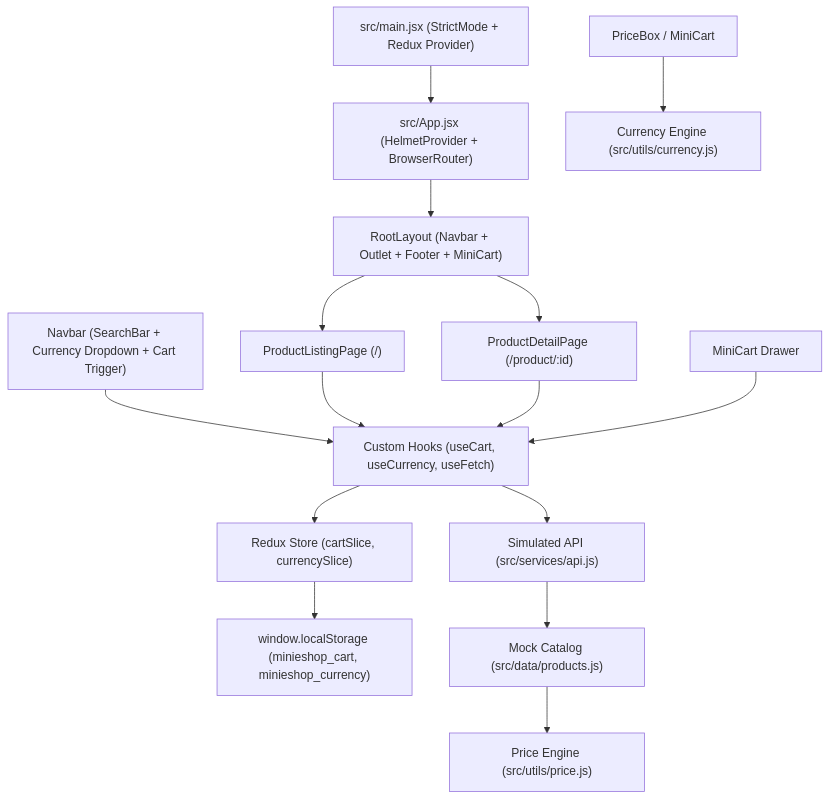
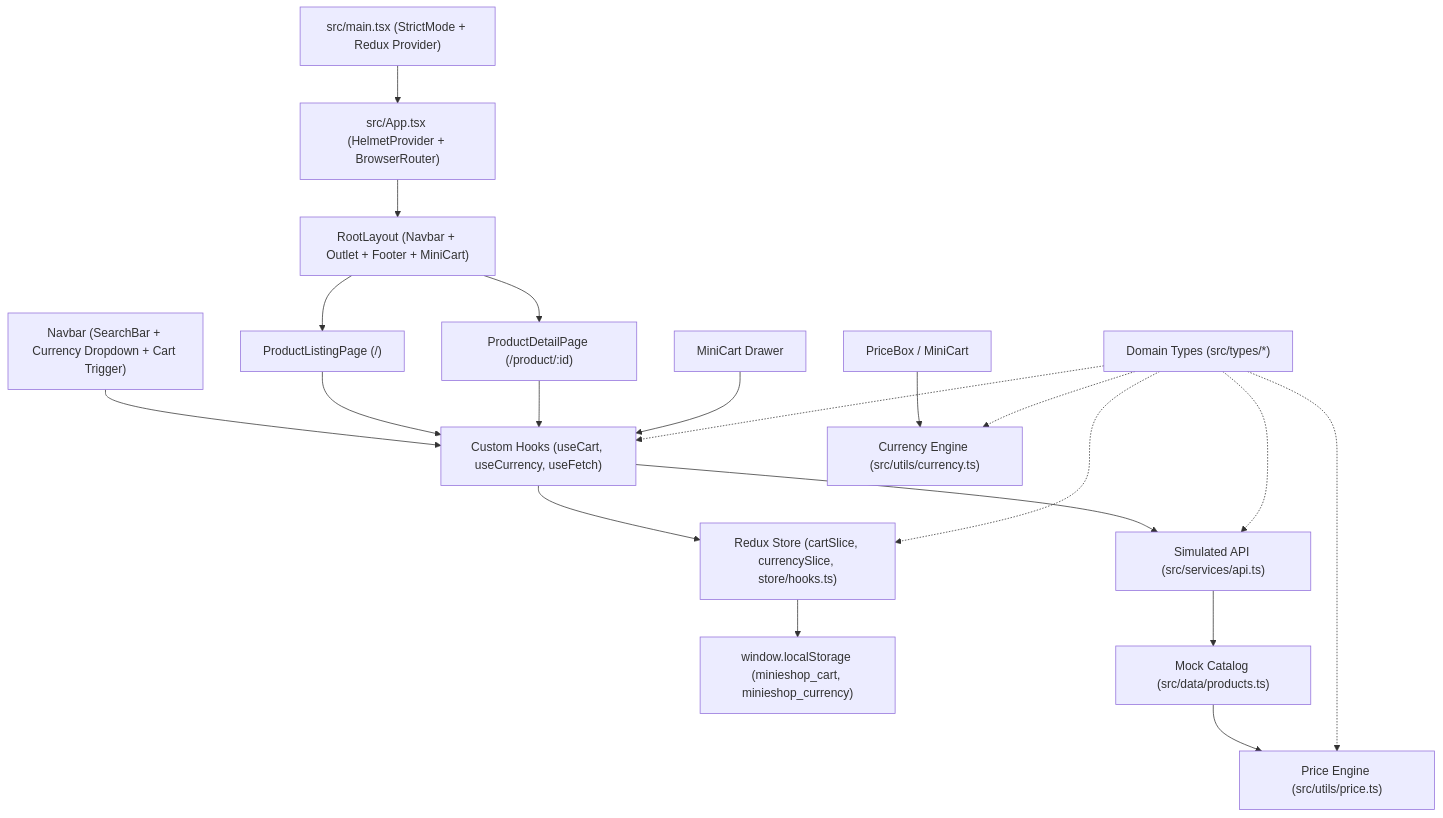
The diagram in docs/architecture.md (Luiquecruz/minie-shop), drawn with Mermaid before and after one commit. The commit also changed other lines of this file and 19 other files, not shown here.

````diff
--- a/docs/architecture.md
+++ b/docs/architecture.md
@@ -6,17 +6,22 @@
 ```mermaid
 flowchart TD
-    Main["src/main.jsx (StrictMode + Redux Provider)"] --> App["src/App.jsx (HelmetProvider + BrowserRouter)"]
+    Main["src/main.tsx (StrictMode + Redux Provider)"] --> App["src/App.tsx (HelmetProvider + BrowserRouter)"]
     App --> Layout["RootLayout (Navbar + Outlet + Footer + MiniCart)"]
     Layout --> PLP["ProductListingPage (/)"]
     Layout --> PDP["ProductDetailPage (/product/:id)"]
     Navbar["Navbar (SearchBar + Currency Dropdown + Cart Trigger)"] --> Hooks
     PLP --> Hooks
     PDP --> Hooks
     MiniCart["MiniCart Drawer"] --> Hooks
-    Hooks["Custom Hooks (useCart, useCurrency, useFetch)"] --> Store["Redux Store (cartSlice, currencySlice)"]
-    Hooks --> API["Simulated API (src/services/api.js)"]
+    Hooks["Custom Hooks (useCart, useCurrency, useFetch<T>)"] --> Store["Redux Store (cartSlice, currencySlice, store/hooks.ts)"]
+    Hooks --> API["Simulated API (src/services/api.ts)"]
     Store --> LS["window.localStorage (minieshop_cart, minieshop_currency)"]
-    API --> Mock["Mock Catalog (src/data/products.js)"]
-    Mock --> PriceEngine["Price Engine (src/utils/price.js)"]
-    PriceBox["PriceBox / MiniCart"] --> CurrencyEngine["Currency Engine (src/utils/currency.js)"]
+    API --> Mock["Mock Catalog (src/data/products.ts)"]
+    Mock --> PriceEngine["Price Engine (src/utils/price.ts)"]
+    PriceBox["PriceBox / MiniCart"] --> CurrencyEngine["Currency Engine (src/utils/currency.ts)"]
+    Types["Domain Types (src/types/*)"] -.-> PriceEngine
+    Types -.-> CurrencyEngine
+    Types -.-> API
+    Types -.-> Store
+    Types -.-> Hooks
 ```
````
